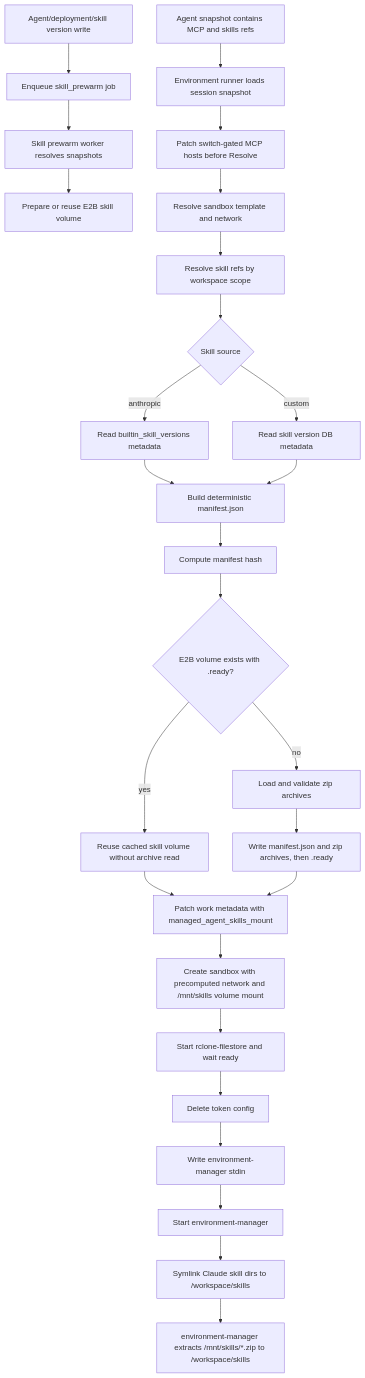
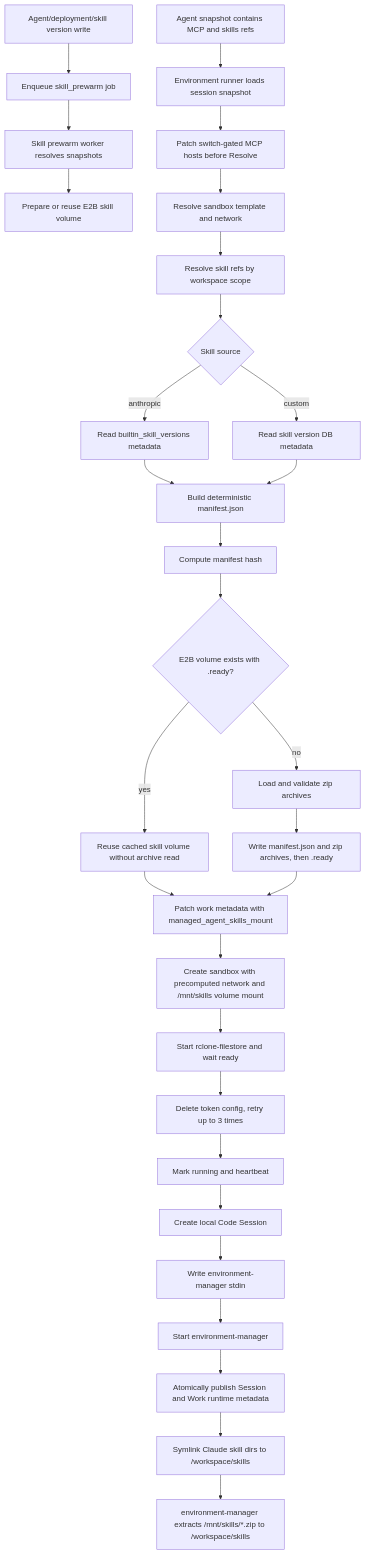
Before and after one commit to superduck-ai/open-managed-agents: the diagram in docs/design/be/managed-agent-skills-runtime.md, drawn with Mermaid. The commit also changed other lines of this file and 35 other files, not shown here.

````diff
--- a/docs/design/be/managed-agent-skills-runtime.md
+++ b/docs/design/be/managed-agent-skills-runtime.md
@@ -45,29 +45,32 @@
 ```mermaid
 flowchart TD
   Z["Agent/deployment/skill version write"] --> ZA["Enqueue skill_prewarm job"]
   ZA --> ZB["Skill prewarm worker resolves snapshots"]
   ZB --> ZC["Prepare or reuse E2B skill volume"]
   A["Agent snapshot contains MCP and skills refs"] --> B["Environment runner loads session snapshot"]
   B --> BA["Patch switch-gated MCP hosts before Resolve"]
   BA --> AA["Resolve sandbox template and network"]
   AA --> C["Resolve skill refs by workspace scope"]
   C --> D{"Skill source"}
   D -->|"anthropic"| E["Read builtin_skill_versions metadata"]
   D -->|"custom"| F["Read skill version DB metadata"]
   E --> H["Build deterministic manifest.json"]
   F --> H
   H --> I["Compute manifest hash"]
   I --> J{"E2B volume exists with .ready?"}
   J -->|"yes"| K["Reuse cached skill volume without archive read"]
   J -->|"no"| L["Load and validate zip archives"]
   L --> LA["Write manifest.json and zip archives, then .ready"]
   K --> M["Patch work metadata with managed_agent_skills_mount"]
   LA --> M
   M --> N["Create sandbox with precomputed network and /mnt/skills volume mount"]
   N --> NA["Start rclone-filestore and wait ready"]
-  NA --> NB["Delete token config"]
-  NB --> O["Write environment-manager stdin"]
+  NA --> NB["Delete token config, retry up to 3 times"]
+  NB --> NC["Mark running and heartbeat"]
+  NC --> ND["Create local Code Session"]
+  ND --> O["Write environment-manager stdin"]
   O --> P["Start environment-manager"]
-  P --> Q["Symlink Claude skill dirs to /workspace/skills"]
+  P --> PA["Atomically publish Session and Work runtime metadata"]
+  PA --> Q["Symlink Claude skill dirs to /workspace/skills"]
   Q --> R["environment-manager extracts /mnt/skills/*.zip to /workspace/skills"]
 ```
````
